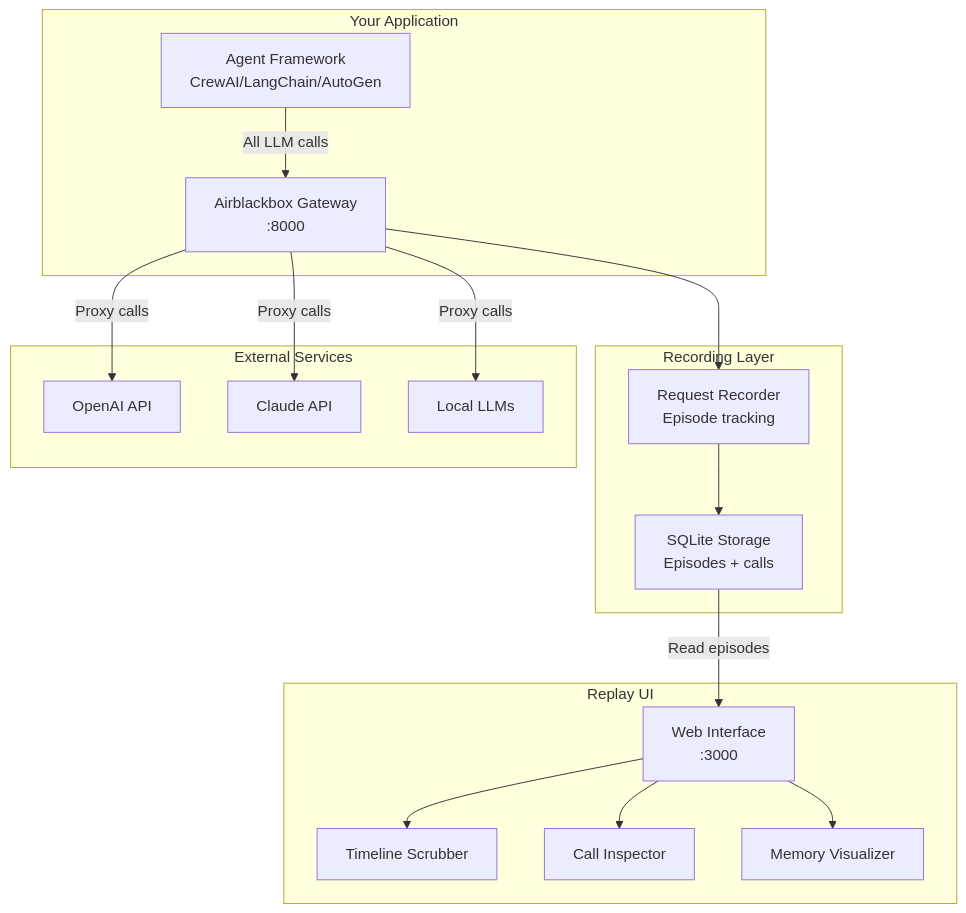
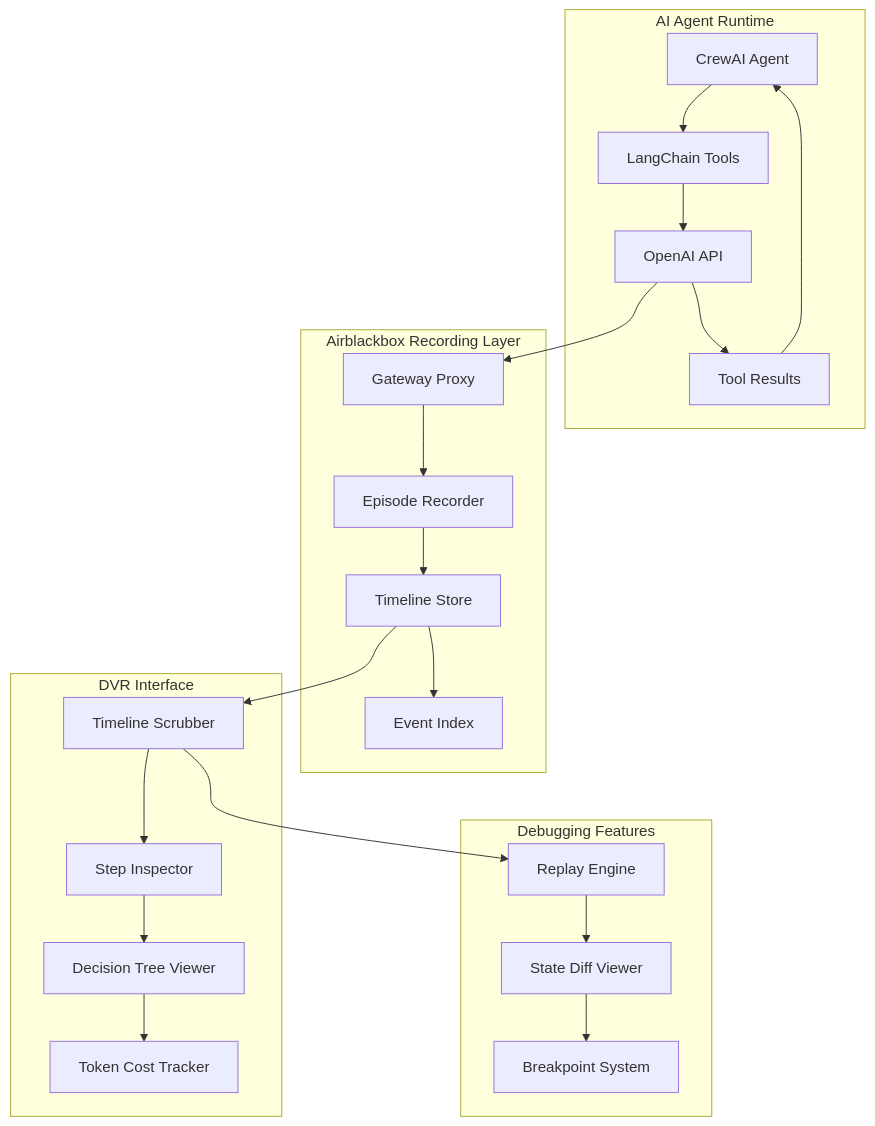
Before and after one commit to airblackbox/mr-bigglesworth-content: the diagram in README.md, drawn with Mermaid. The commit also changed other lines of this file, not shown here.

````diff
--- a/README.md
+++ b/README.md
@@ -31,36 +28,31 @@
 ```mermaid
 graph TB
-    subgraph "Your Application"
-        A[Agent Framework<br/>CrewAI/LangChain/AutoGen]
-        G[Airblackbox Gateway<br/>:8000]
-        A -->|All LLM calls| G
+    subgraph "AI Agent Runtime"
+        A[CrewAI Agent] --> B[LangChain Tools]
+        B --> C[OpenAI API]
+        C --> D[Tool Results]
+        D --> A
     end
     
-    subgraph "Recording Layer"
-        G --> R[Request Recorder<br/>Episode tracking]
-        R --> S[SQLite Storage<br/>Episodes + calls]
+    subgraph "Airblackbox Recording Layer"
+        E[Gateway Proxy] --> F[Episode Recorder]
+        F --> G[Timeline Store]
+        G --> H[Event Index]
     end
     
-    subgraph "Replay UI"
-        W[Web Interface<br/>:3000]
-        T[Timeline Scrubber]
-        V[Call Inspector]
-        M[Memory Visualizer]
-        
-        W --> T
-        W --> V  
-        W --> M
+    subgraph "DVR Interface"
+        I[Timeline Scrubber] --> J[Step Inspector]
+        J --> K[Decision Tree Viewer]
+        K --> L[Token Cost Tracker]
     end
     
-    S -->|Read episodes| W
+    C --> E
+    G --> I
     
-    subgraph "External Services"
-        O[OpenAI API]
-        C[Claude API]
-        L[Local LLMs]
+    subgraph "Debugging Features"
+        M[Replay Engine] --> N[State Diff Viewer]
+        N --> O[Breakpoint System]
     end
     
-    G -->|Proxy calls| O
-    G -->|Proxy calls| C
-    G -->|Proxy calls| L
+    I --> M
 ```
````
